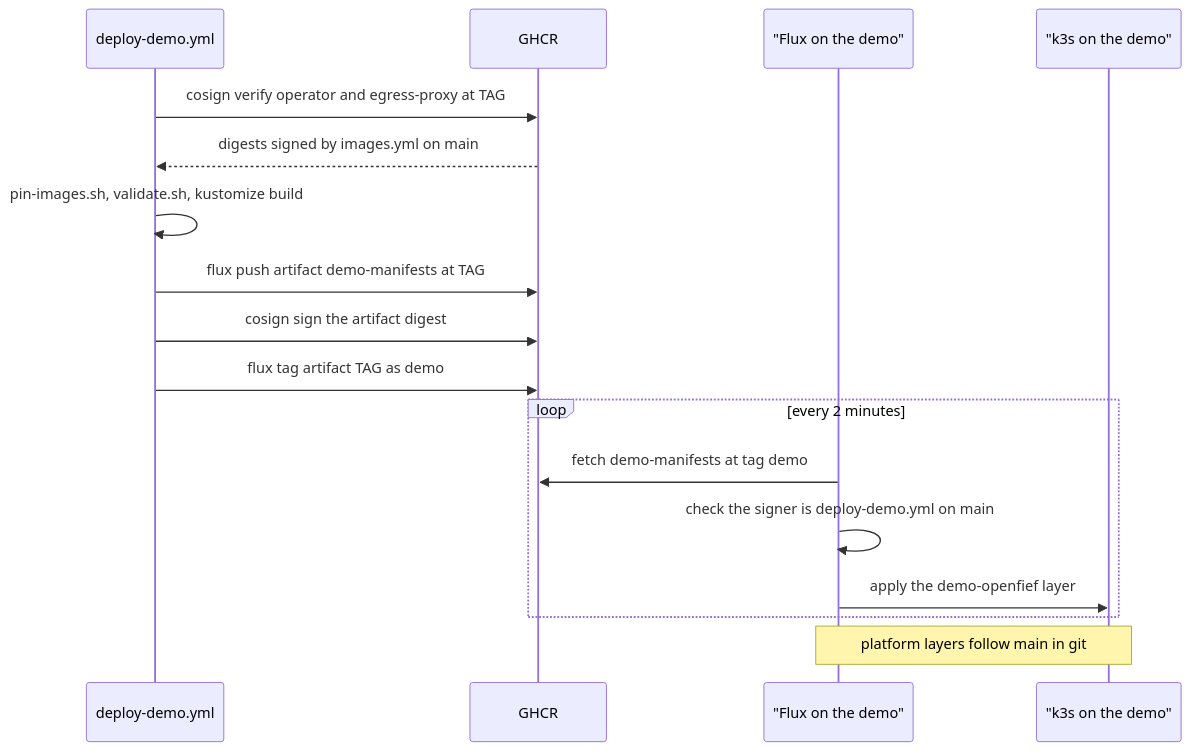
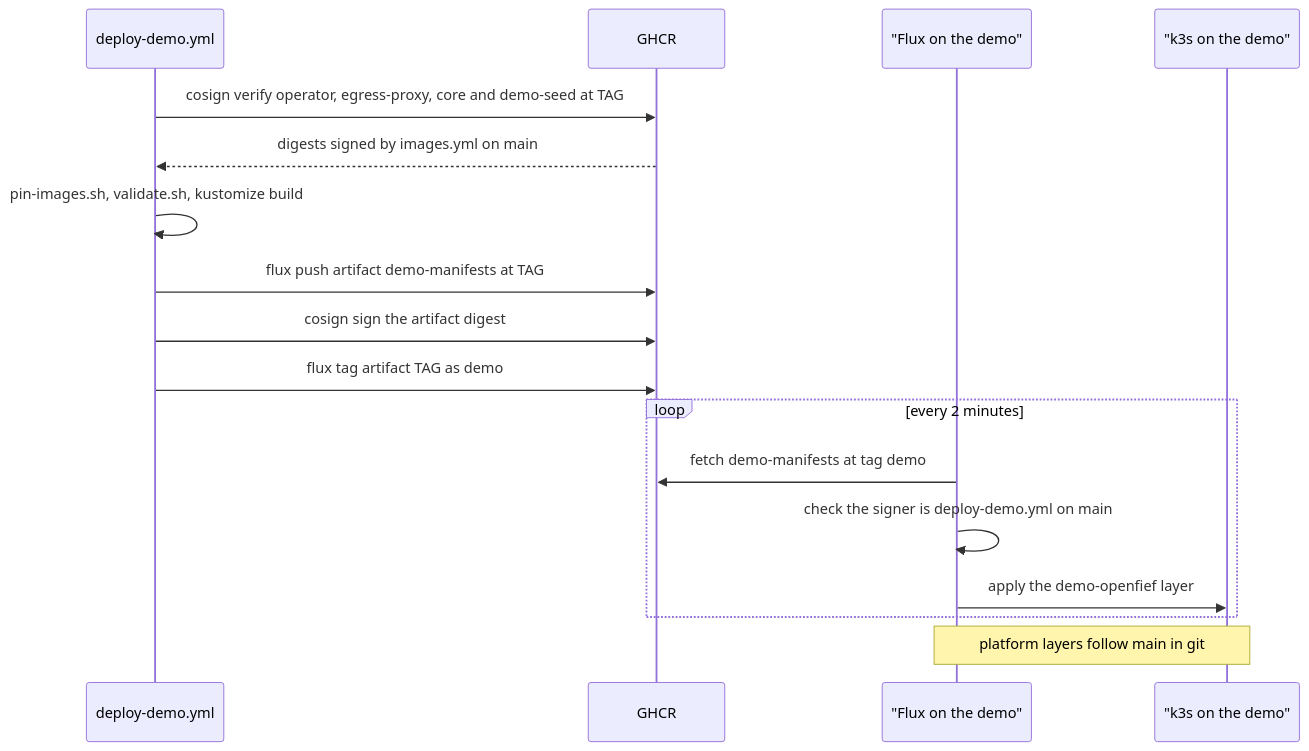
One commit to arkadiuss/openfief changed the fourth of 5 diagrams in docs/dev/pipeline.md. Above: the diagram before and after it, drawn with Mermaid. The commit also changed other lines of this file and 103 other files, not shown here.

````diff
--- a/docs/dev/pipeline.md
+++ b/docs/dev/pipeline.md
@@ -179,19 +179,19 @@
 ```mermaid
 sequenceDiagram
   participant D as deploy-demo.yml
   participant G as GHCR
   participant F as "Flux on the demo"
   participant K as "k3s on the demo"
-  D->>G: cosign verify operator and egress-proxy at TAG
+  D->>G: cosign verify operator, egress-proxy, core and demo-seed at TAG
   G-->>D: digests signed by images.yml on main
   D->>D: pin-images.sh, validate.sh, kustomize build
   D->>G: flux push artifact demo-manifests at TAG
   D->>G: cosign sign the artifact digest
   D->>G: flux tag artifact TAG as demo
   loop every 2 minutes
     F->>G: fetch demo-manifests at tag demo
     F->>F: check the signer is deploy-demo.yml on main
     F->>K: apply the demo-openfief layer
   end
   Note over F,K: platform layers follow main in git
 ```
````
